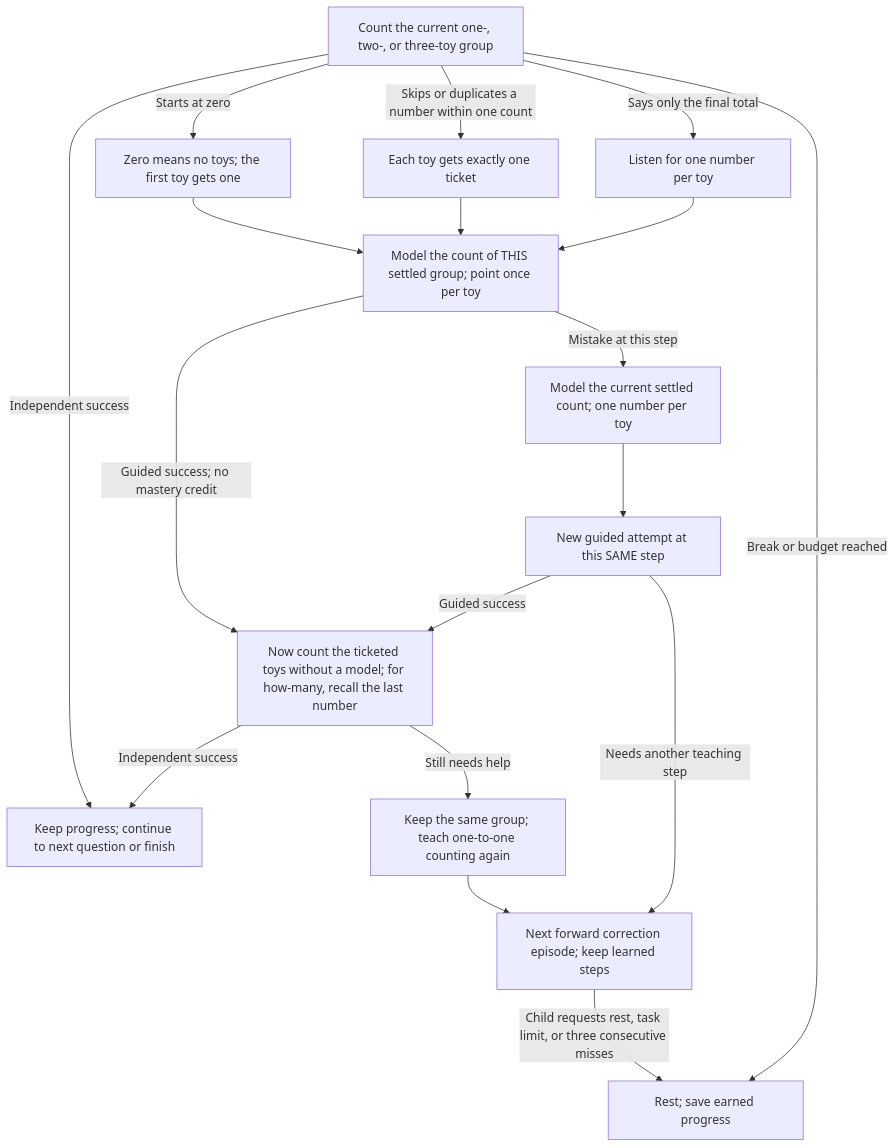
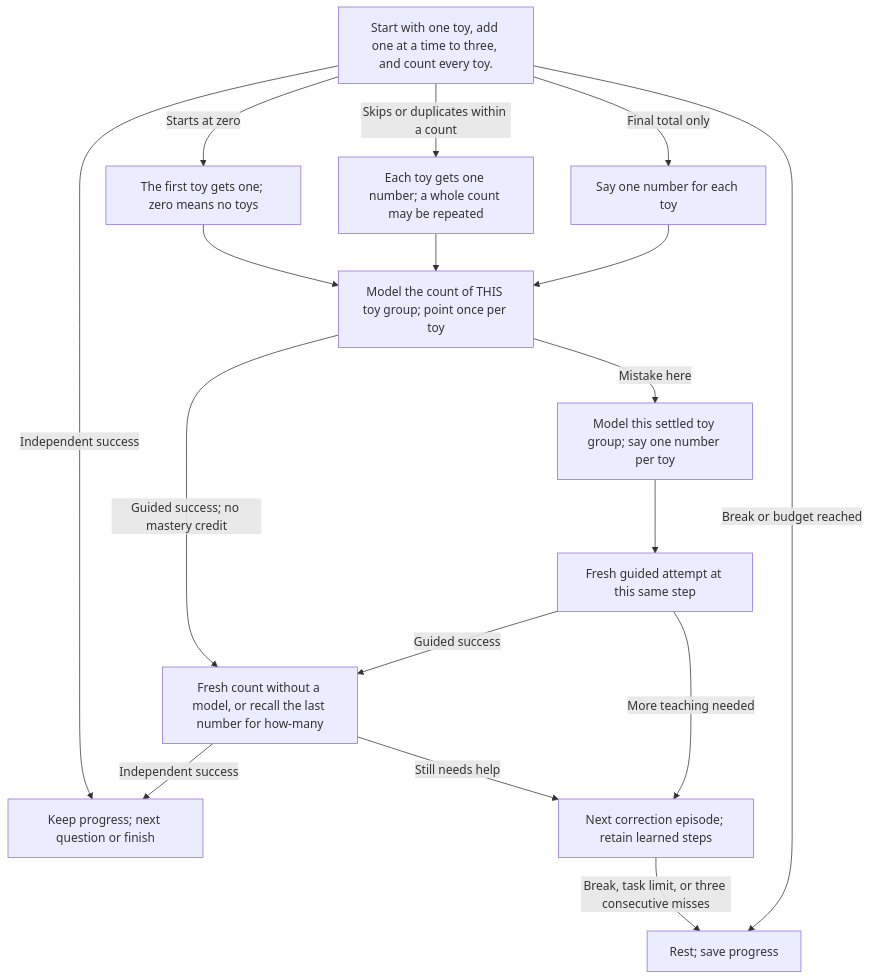
One commit to sealsbroken/unmath changed the diagram in docs/wiki/Lesson-1-Count-to-three.md. Above: the diagram before and after it, drawn with Mermaid. The commit also changed other lines of this file and 33 other files, not shown here.

Commit message:
Start directly with real toys and remove pretend roles and adult prompts

````diff
--- a/docs/wiki/Lesson-1-Count-to-three.md
+++ b/docs/wiki/Lesson-1-Count-to-three.md
@@ -44,20 +37,19 @@
 ```mermaid
 flowchart TD
-    Choose["Count the current one-, two-, or three-toy group"] -->|"Independent success"| Done["Keep progress; continue to next question or finish"]
-    Choose -->|"Starts at zero"| E0["Zero means no toys; the first toy gets one"]
+    Start["Start with one toy, add one at a time to three, and count every toy."] -->|"Independent success"| Done["Keep progress; next question or finish"]
+    Start -->|"Starts at zero"| E0["The first toy gets one; zero means no toys"]
     E0 --> S0
-    Choose -->|"Skips or duplicates a number within one count"| E1["Each toy gets exactly one ticket"]
+    Start -->|"Skips or duplicates within a count"| E1["Each toy gets one number; a whole count may be repeated"]
     E1 --> S0
-    Choose -->|"Says only the final total"| E2["Listen for one number per toy"]
+    Start -->|"Final total only"| E2["Say one number for each toy"]
     E2 --> S0
-    S0["Model the count of THIS settled group; point once per toy"] -->|"Guided success; no mastery credit"| Follow
-    S0 -->|"Mistake at this step"| H0["Model the current settled count; one number per toy"]
-    H0 --> R0["New guided attempt at this SAME step"]
+    S0["Model the count of THIS toy group; point once per toy"] -->|"Guided success; no mastery credit"| Follow
+    S0 -->|"Mistake here"| H0["Model this settled toy group; say one number per toy"]
+    H0 --> R0["Fresh guided attempt at this same step"]
     R0 -->|"Guided success"| Follow
-    R0 -->|"Needs another teaching step"| Continue["Next forward correction episode; keep learned steps"]
-    Follow["Now count the ticketed toys without a model; for how-many, recall the last number"] -->|"Independent success"| Done
-    Follow -->|"Still needs help"| Focus["Keep the same group; teach one-to-one counting again"]
-    Focus --> Continue
-    Choose -->|"Break or budget reached"| Rest["Rest; save earned progress"]
-    Continue -->|"Child requests rest, task limit, or three consecutive misses"| Rest
+    R0 -->|"More teaching needed"| Continue["Next correction episode; retain learned steps"]
+    Follow["Fresh count without a model, or recall the last number for how-many"] -->|"Independent success"| Done
+    Follow -->|"Still needs help"| Continue
+    Start -->|"Break or budget reached"| Rest["Rest; save progress"]
+    Continue -->|"Break, task limit, or three consecutive misses"| Rest
 ```
````
